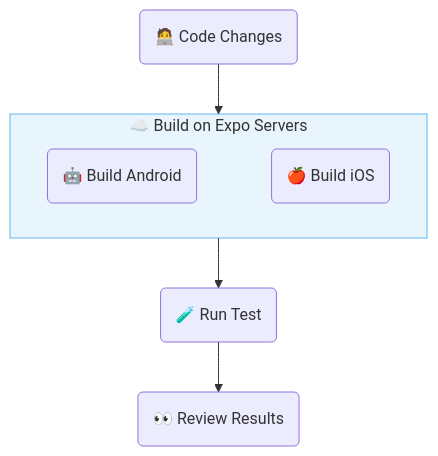
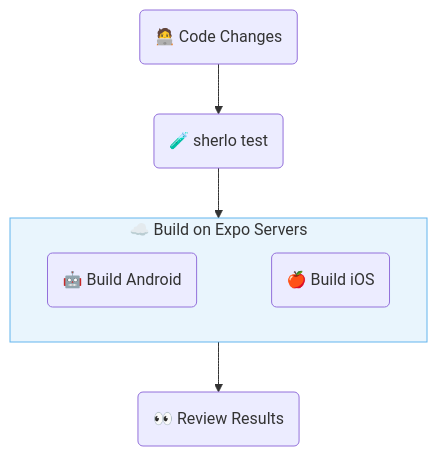
Before and after one commit to sherlo-io/sherlo: the diagram in examples/eas-cloud-build/README.md, drawn with Mermaid. The commit also changed other lines of this file and 26 other files, not shown here.

Commit message:
docs: workflows, examples and readmes run sherlo test with no paths

````diff
--- a/examples/eas-cloud-build/README.md
+++ b/examples/eas-cloud-build/README.md
@@ -14,16 +14,16 @@
 ```mermaid
 flowchart TB
    UI(🧑‍💻 Code Changes)
+   Test(🧪 sherlo test)
    subgraph Build[☁️ Build on Expo Servers]
       Android(🤖 Build Android)
       iOS(🍎 Build iOS)
       Android ~~~ iOS
       style Build fill:#4ba9ec1f,stroke:#4ba9ecd9
    end
-   Test(🧪 Run Test)
    Review(👀 Review Results)
 
-   UI --> Build
-   Build --> Test
-   Test --> Review
+   UI --> Test
+   Test --> Build
+   Build --> Review
 ```
````
